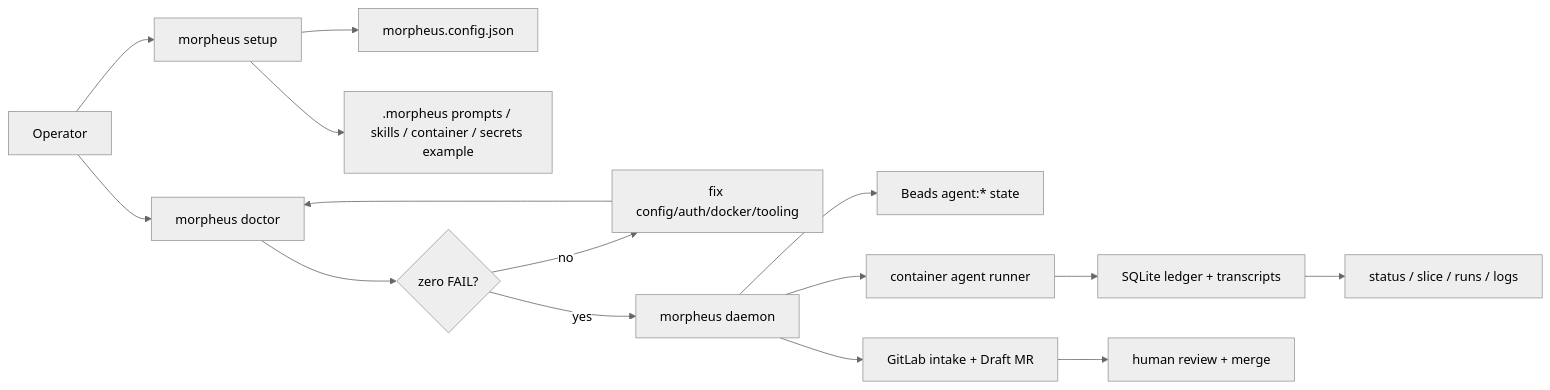
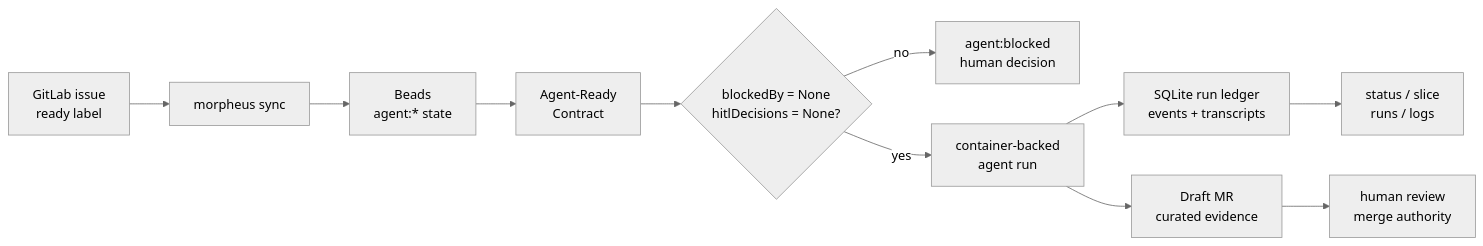
Before and after one commit to NickSuomi/morpheus: the first of 2 diagrams in README.md, drawn with Mermaid (neutral theme). The commit also changed other lines of this file and 12 other files, not shown here.

````diff
--- a/README.md
+++ b/README.md
@@ -82,17 +86,13 @@
 ```mermaid
 flowchart LR
-  operator[Operator] --> setup[morpheus setup]
-  setup --> config[morpheus.config.json]
-  setup --> files[.morpheus prompts / skills / container / secrets example]
-  operator --> doctor[morpheus doctor]
-  doctor --> gate{zero FAIL?}
-  gate -- no --> fix[fix config/auth/docker/tooling]
-  fix --> doctor
-  gate -- yes --> daemon[morpheus daemon]
-  daemon --> beads[Beads agent:* state]
-  daemon --> gitlab[GitLab intake + Draft MR]
-  daemon --> runner[container agent runner]
-  runner --> ledger[SQLite ledger + transcripts]
-  ledger --> inspect[status / slice / runs / logs]
-  gitlab --> review[human review + merge]
+  issue["GitLab issue<br/>ready label"] --> sync["morpheus sync"]
+  sync --> beads["Beads<br/>agent:* state"]
+  beads --> contract["Agent-Ready<br/>Contract"]
+  contract --> gate{"blockedBy = None<br/>hitlDecisions = None?"}
+  gate -- no --> blocked["agent:blocked<br/>human decision"]
+  gate -- yes --> run["container-backed<br/>agent run"]
+  run --> ledger["SQLite run ledger<br/>events + transcripts"]
+  run --> mr["Draft MR<br/>curated evidence"]
+  ledger --> inspect["status / slice<br/>runs / logs"]
+  mr --> review["human review<br/>merge authority"]
 ```
````
